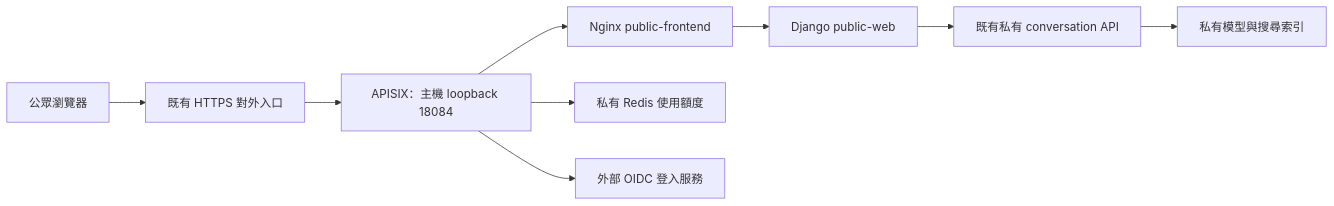
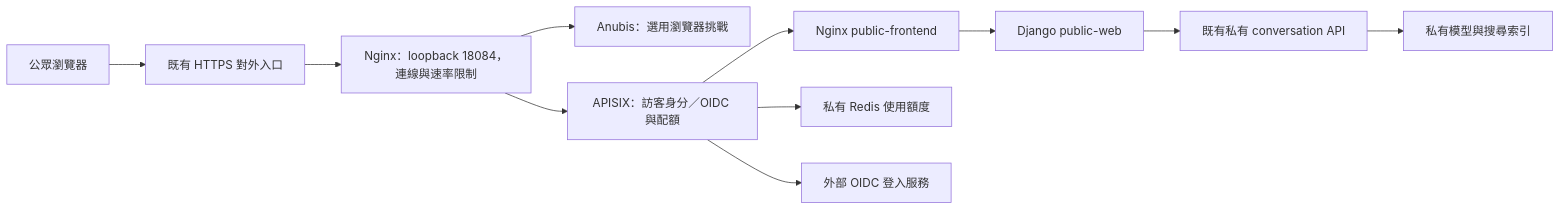
One commit to ThreeMonth03/depositarAI changed the diagram in docs/development/PUBLIC_ACCESS.md. Above: the diagram before and after it, drawn with Mermaid. The commit also changed other lines of this file and 46 other files, not shown here.

````diff
--- a/docs/development/PUBLIC_ACCESS.md
+++ b/docs/development/PUBLIC_ACCESS.md
@@ -21,11 +23,13 @@
 ```mermaid
 flowchart LR
     Browser[公眾瀏覽器] --> TLS[既有 HTTPS 對外入口]
-    TLS --> APISIX[APISIX：主機 loopback 18084]
+    TLS --> Edge[Nginx：loopback 18084，連線與速率限制]
+    Edge --> Anubis[Anubis：選用瀏覽器挑戰]
+    Edge --> APISIX[APISIX：訪客身分／OIDC 與配額]
     APISIX --> Frontend[Nginx public-frontend]
     Frontend --> Web[Django public-web]
     APISIX --> Redis[私有 Redis 使用額度]
     APISIX --> OIDC[外部 OIDC 登入服務]
     Web --> Conversation[既有私有 conversation API]
     Conversation --> Search[私有模型與搜尋索引]
 ```
````
